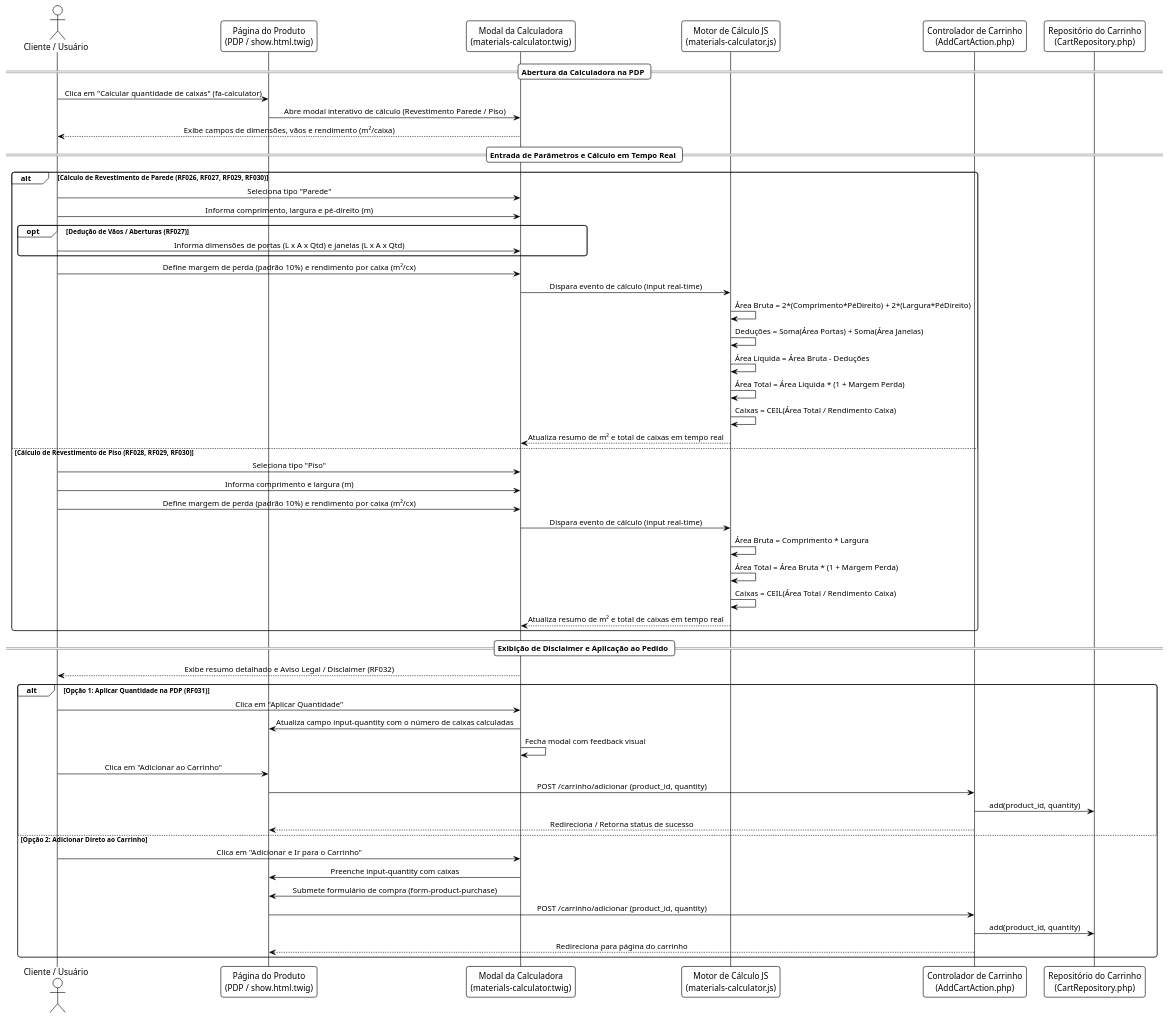
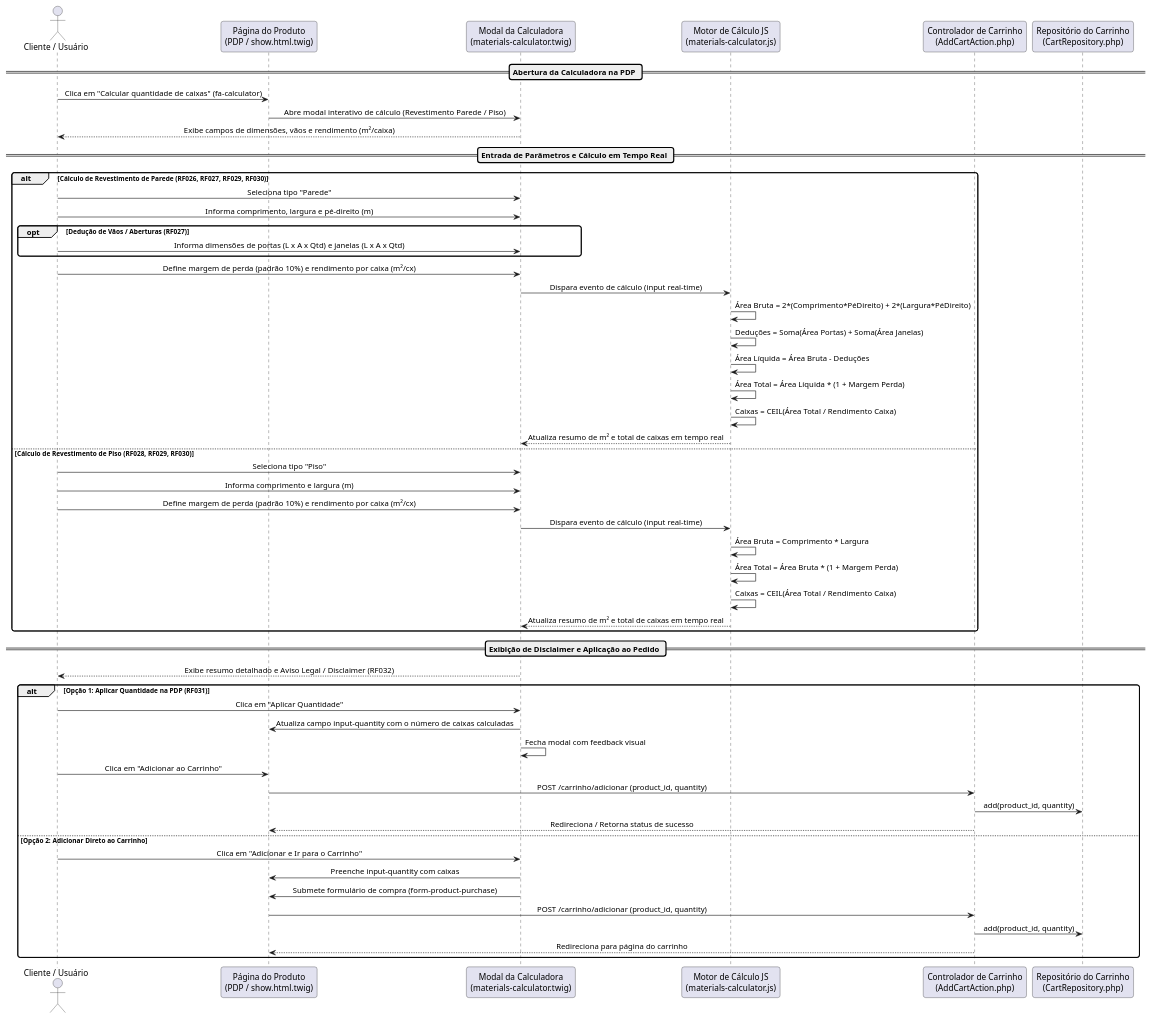
Before and after one commit to Wattrelos/Alpha_Engine: the diagram in docs/workflows/sequence_diagrams/area_calculation_for_ceramic_flooring_and_wall_tiles.puml, drawn with PlantUML. The commit also changed 57 other files, not shown here.

```diff
--- a/docs/workflows/sequence_diagrams/area_calculation_for_ceramic_flooring_and_wall_tiles.puml
+++ b/docs/workflows/sequence_diagrams/area_calculation_for_ceramic_flooring_and_wall_tiles.puml
@@ -1,65 +1,65 @@
 @startuml Area Calculation for Ceramic Flooring and Wall Tiles
-!theme plain
+' !theme plain
 skinparam responseMessageBelowArrow true
 skinparam sequenceMessageAlign center
 skinparam roundcorner 8
 skinparam BoxPadding 10
 
 actor "Cliente / Usuário" as User
 participant "Página do Produto\n(PDP / show.html.twig)" as PDP
 participant "Modal da Calculadora\n(materials-calculator.twig)" as Modal
 participant "Motor de Cálculo JS\n(materials-calculator.js)" as Engine
 participant "Controlador de Carrinho\n(AddCartAction.php)" as CartController
 participant "Repositório do Carrinho\n(CartRepository.php)" as CartRepo
 
 == Abertura da Calculadora na PDP ==
 User -> PDP: Clica em "Calcular quantidade de caixas" (fa-calculator)
 PDP -> Modal: Abre modal interativo de cálculo (Revestimento Parede / Piso)
 Modal --> User: Exibe campos de dimensões, vãos e rendimento (m²/caixa)
 
 == Entrada de Parâmetros e Cálculo em Tempo Real ==
 alt Cálculo de Revestimento de Parede (RF026, RF027, RF029, RF030)
     User -> Modal: Seleciona tipo "Parede"
     User -> Modal: Informa comprimento, largura e pé-direito (m)
     opt Dedução de Vãos / Aberturas (RF027)
         User -> Modal: Informa dimensões de portas (L x A x Qtd) e janelas (L x A x Qtd)
     end
     User -> Modal: Define margem de perda (padrão 10%) e rendimento por caixa (m²/cx)
     Modal -> Engine: Dispara evento de cálculo (input real-time)
     Engine -> Engine: Área Bruta = 2*(Comprimento*PéDireito) + 2*(Largura*PéDireito)
     Engine -> Engine: Deduções = Soma(Área Portas) + Soma(Área Janelas)
     Engine -> Engine: Área Líquida = Área Bruta - Deduções
     Engine -> Engine: Área Total = Área Líquida * (1 + Margem Perda)
     Engine -> Engine: Caixas = CEIL(Área Total / Rendimento Caixa)
     Engine --> Modal: Atualiza resumo de m² e total de caixas em tempo real
 else Cálculo de Revestimento de Piso (RF028, RF029, RF030)
     User -> Modal: Seleciona tipo "Piso"
     User -> Modal: Informa comprimento e largura (m)
     User -> Modal: Define margem de perda (padrão 10%) e rendimento por caixa (m²/cx)
     Modal -> Engine: Dispara evento de cálculo (input real-time)
     Engine -> Engine: Área Bruta = Comprimento * Largura
     Engine -> Engine: Área Total = Área Bruta * (1 + Margem Perda)
     Engine -> Engine: Caixas = CEIL(Área Total / Rendimento Caixa)
     Engine --> Modal: Atualiza resumo de m² e total de caixas em tempo real
 end
 
 == Exibição de Disclaimer e Aplicação ao Pedido ==
 Modal --> User: Exibe resumo detalhado e Aviso Legal / Disclaimer (RF032)
 alt Opção 1: Aplicar Quantidade na PDP (RF031)
     User -> Modal: Clica em "Aplicar Quantidade"
     Modal -> PDP: Atualiza campo input-quantity com o número de caixas calculadas
     Modal -> Modal: Fecha modal com feedback visual
     User -> PDP: Clica em "Adicionar ao Carrinho"
     PDP -> CartController: POST /carrinho/adicionar (product_id, quantity)
     CartController -> CartRepo: add(product_id, quantity)
     CartController --> PDP: Redireciona / Retorna status de sucesso
 else Opção 2: Adicionar Direto ao Carrinho
     User -> Modal: Clica em "Adicionar e Ir para o Carrinho"
     Modal -> PDP: Preenche input-quantity com caixas
     Modal -> PDP: Submete formulário de compra (form-product-purchase)
     PDP -> CartController: POST /carrinho/adicionar (product_id, quantity)
     CartController -> CartRepo: add(product_id, quantity)
     CartController --> PDP: Redireciona para página do carrinho
 end
 
 @enduml
```
